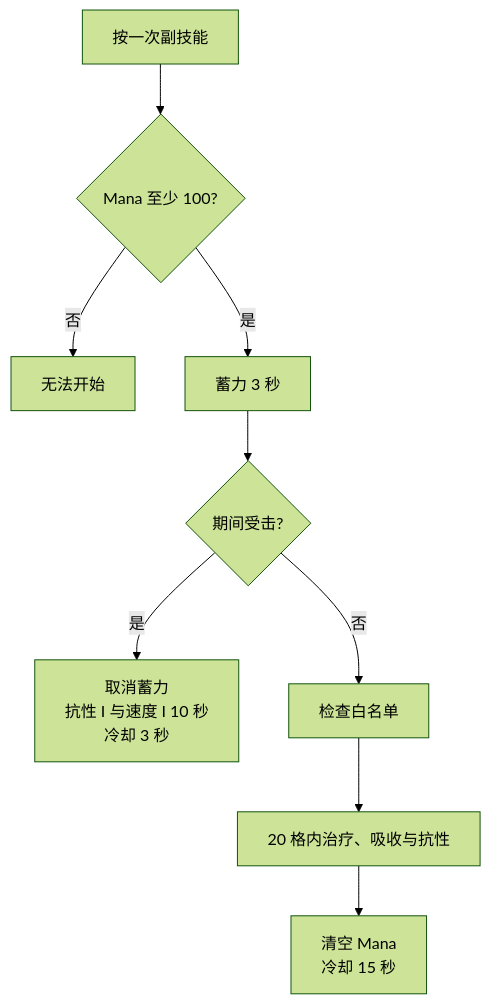
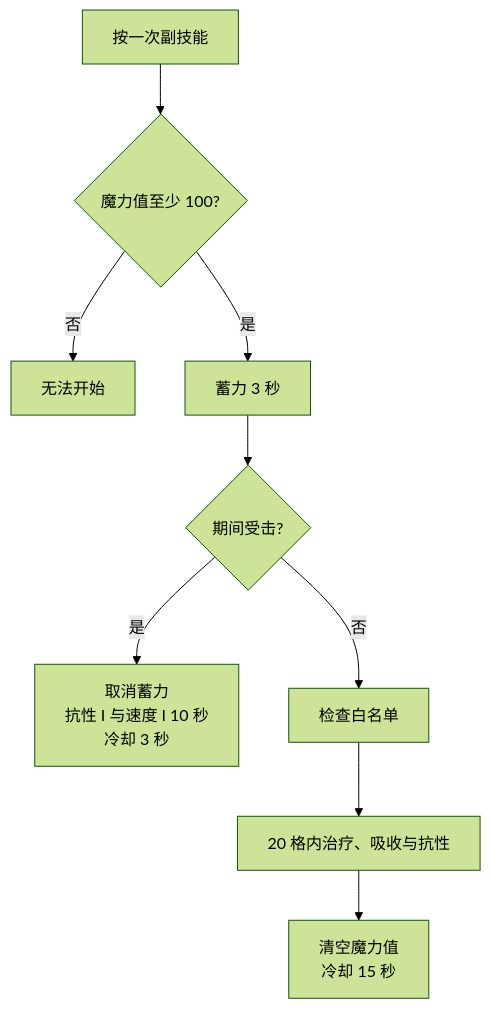
Before and after one commit to LynxCatTheThird/SSC-wiki: the diagram in docs/addons/ssca/forms/special/allay/allay-sp.md, drawn with Mermaid (forest theme). The commit also changed other lines of this file and 81 other files, not shown here.

````diff
--- a/docs/addons/ssca/forms/special/allay/allay-sp.md
+++ b/docs/addons/ssca/forms/special/allay/allay-sp.md
@@ -47,11 +47,11 @@
 ```mermaid
 flowchart TD
-  A[按一次副技能] --> B{Mana 至少 100?}
+  A[按一次副技能] --> B{魔力值至少 100?}
   B -- 否 --> C[无法开始]
   B -- 是 --> D[蓄力 3 秒]
   D --> E{期间受击?}
   E -- 是 --> F[取消蓄力\n抗性 I 与速度 I 10 秒\n冷却 3 秒]
   E -- 否 --> G[检查白名单]
   G --> H[20 格内治疗、吸收与抗性]
-  H --> I[清空 Mana\n冷却 15 秒]
+  H --> I[清空魔力值\n冷却 15 秒]
 ```
````
